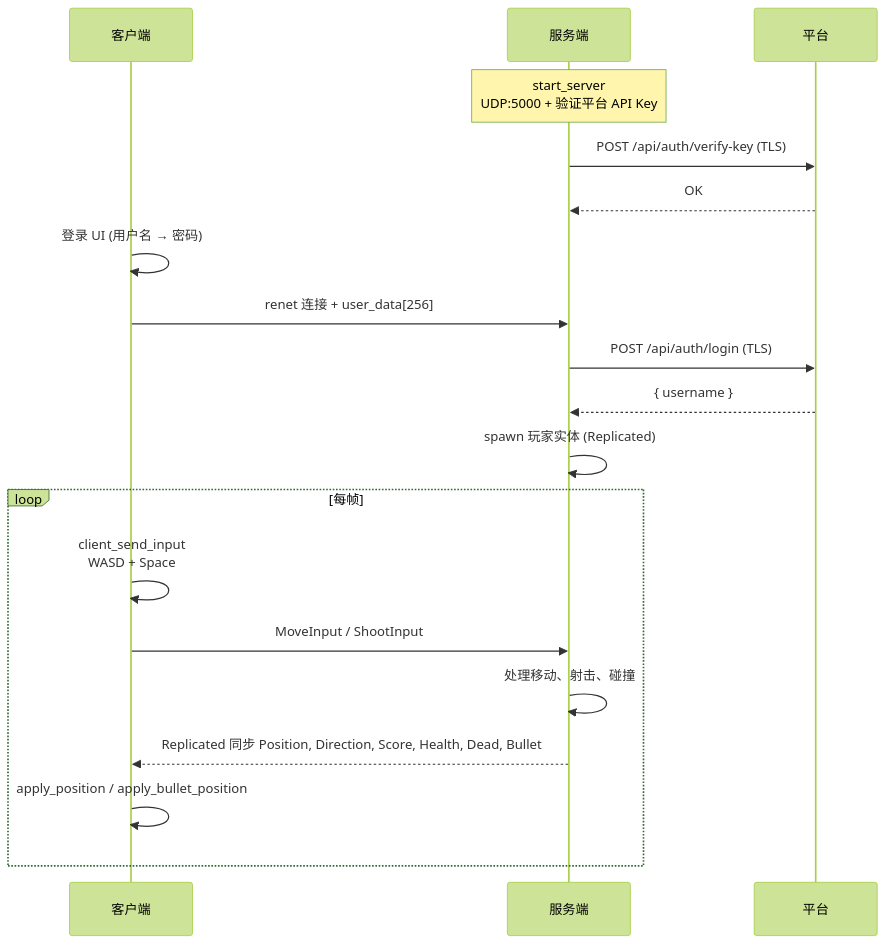
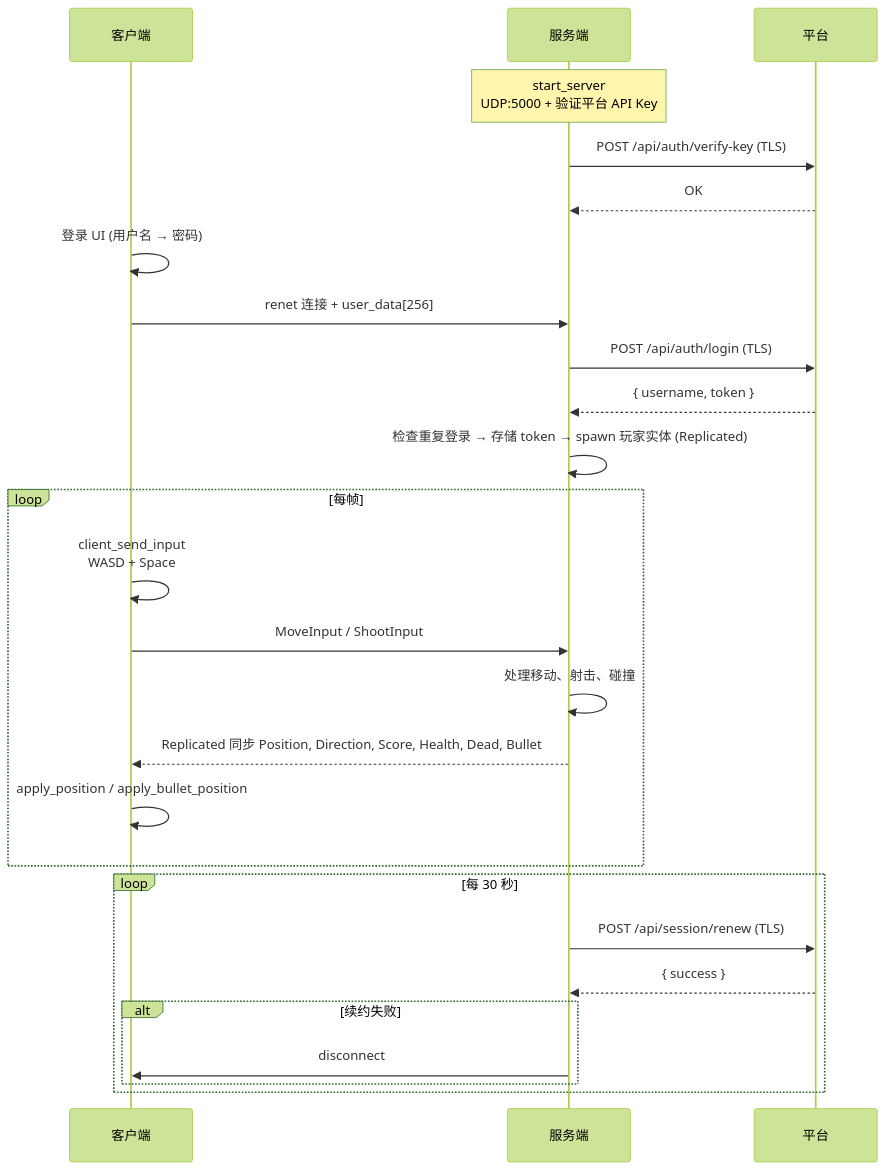
Before and after one commit to kindywu/simple_bevy: the third of 3 diagrams in DESIGN.md, drawn with Mermaid (forest theme). The commit also changed other lines of this file and 3 other files, not shown here.

````diff
--- a/DESIGN.md
+++ b/DESIGN.md
@@ -279,24 +304,32 @@
 ```mermaid
 sequenceDiagram
     participant C as 客户端
     participant S as 服务端
     participant P as 平台
 
     Note over S: start_server<br/>UDP:5000 + 验证平台 API Key
     S->>P: POST /api/auth/verify-key (TLS)
     P-->>S: OK
 
     C->>C: 登录 UI (用户名 → 密码)
     C->>S: renet 连接 + user_data[256]
     S->>P: POST /api/auth/login (TLS)
-    P-->>S: { username }
-    S->>S: spawn 玩家实体 (Replicated)
+    P-->>S: { username, token }
+    S->>S: 检查重复登录 → 存储 token → spawn 玩家实体 (Replicated)
 
     loop 每帧
         C->>C: client_send_input<br/>WASD + Space
         C->>S: MoveInput / ShootInput
         S->>S: 处理移动、射击、碰撞
         S-->>C: Replicated 同步 Position, Direction, Score, Health, Dead, Bullet
         C->>C: apply_position / apply_bullet_position
     end
+
+    loop 每 30 秒
+        S->>P: POST /api/session/renew (TLS)
+        P-->>S: { success }
+        alt 续约失败
+            S->>C: disconnect
+        end
+    end
 ```
````
